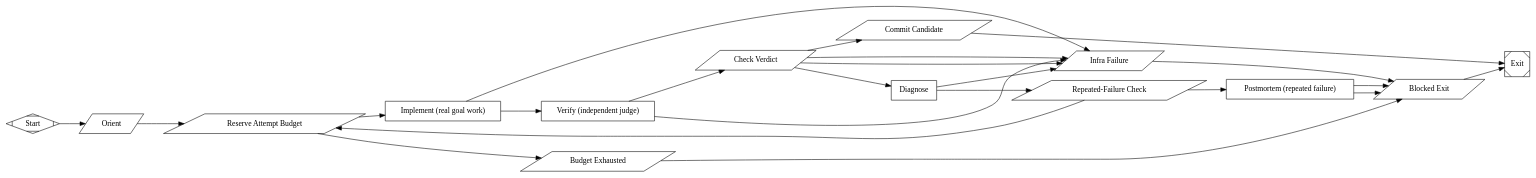
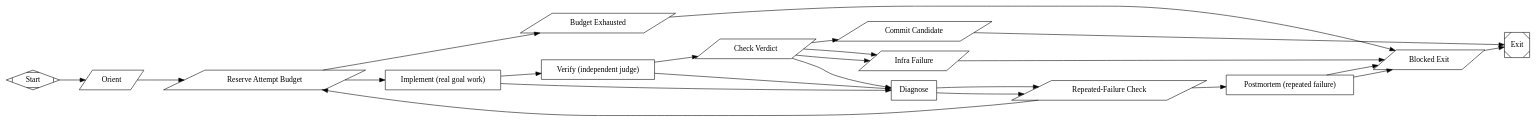
One commit to kenotron-ms/coding-scenarios changed the diagram in pipelines/goal_plan_smoke/subgraphs/goal_lane_impl.dot. Above: the diagram before and after it, drawn with Graphviz.

Commit message:
fix(goal_plan): route box-node failures back into the retry loop (/goal-faithful), not an instant block (#27)
Implement/Verify/Diagnose outcome=fail now route into the loop (Implement->Diagnose, Verify->Diagnose, Diagnose->RepeatCheck) instead of InfraExit, so a lane uses its full attempt budget and only blocks on a repeated failure signature or budget exhaustion — matching /goal convergence. Root cause of L7 sprint0_mvp blocking after a single attempt.

Genuine-infra paths preserved (CheckVerdict INFRA verdict + crash safety net still -> InfraExit); Postmortem -> BlockedExit unchanged.

Generated with [Amplifier](https://github.com/microsoft/amplifier)

```diff
--- a/pipelines/goal_plan_smoke/subgraphs/goal_lane_impl.dot
+++ b/pipelines/goal_plan_smoke/subgraphs/goal_lane_impl.dot
@@ -103,7 +103,7 @@
   ];
 
   Implement -> Verify;
-  Implement -> InfraExit [condition="outcome=fail", runs_on="failure"]; // safety net: a box-node crash/gate-fail must not dead-end the lane (RUBRIC.md 3.2)
+  Implement -> Diagnose [condition="outcome=fail", runs_on="failure"]; // /goal-faithful: a work-node stumble feeds the retry loop (Diagnose->RepeatCheck->ReserveAttempt), NOT a dead-end. RepeatCheck (same-signature-twice) + the attempt budget are the decision point (RUBRIC.md 3.2)
 
   // Independent judgment node -- adversarial and separate from Implement, so
   // the exit is gated on re-gathered evidence, not the implementer's own
@@ -119,7 +119,7 @@
   ];
 
   Verify -> CheckVerdict;
-  Verify -> InfraExit [condition="outcome=fail", runs_on="failure"]; // safety net: a Verify crash/human-gate-fail must not dead-end the lane -- exit as a named blocker (RUBRIC.md 3.2)
+  Verify -> Diagnose [condition="outcome=fail", runs_on="failure"]; // /goal-faithful: a Verify crash/gate becomes a diagnosed retry, not an instant block. A genuinely recurring wall (e.g. a real human gate) repeats its signature -> RepeatCheck routes to Postmortem->BlockedExit; a transient crash gets another attempt (RUBRIC.md 3.2)
 
   // Deterministic gate: reads the verdict FILE the independent judge wrote
   // (not the box node's $last_response) and emits PASS / FAIL / INFRA on the
@@ -164,7 +164,7 @@
   ];
 
   Diagnose -> RepeatCheck;
-  Diagnose -> InfraExit [condition="outcome=fail", runs_on="failure"]; // safety net: a box-node crash/gate-fail must not dead-end the lane (RUBRIC.md 3.2)
+  Diagnose -> RepeatCheck [condition="outcome=fail", runs_on="failure"]; // /goal-faithful: even a failed diagnosis keeps looping -- RepeatCheck + the attempt budget bound it, never a dead-end (RUBRIC.md 3.2)
 
   // Deterministic: distinguish a fresh failure (worth another attempt) from
   // the identical failure recurring (a deterministic bug the loop cannot
```
